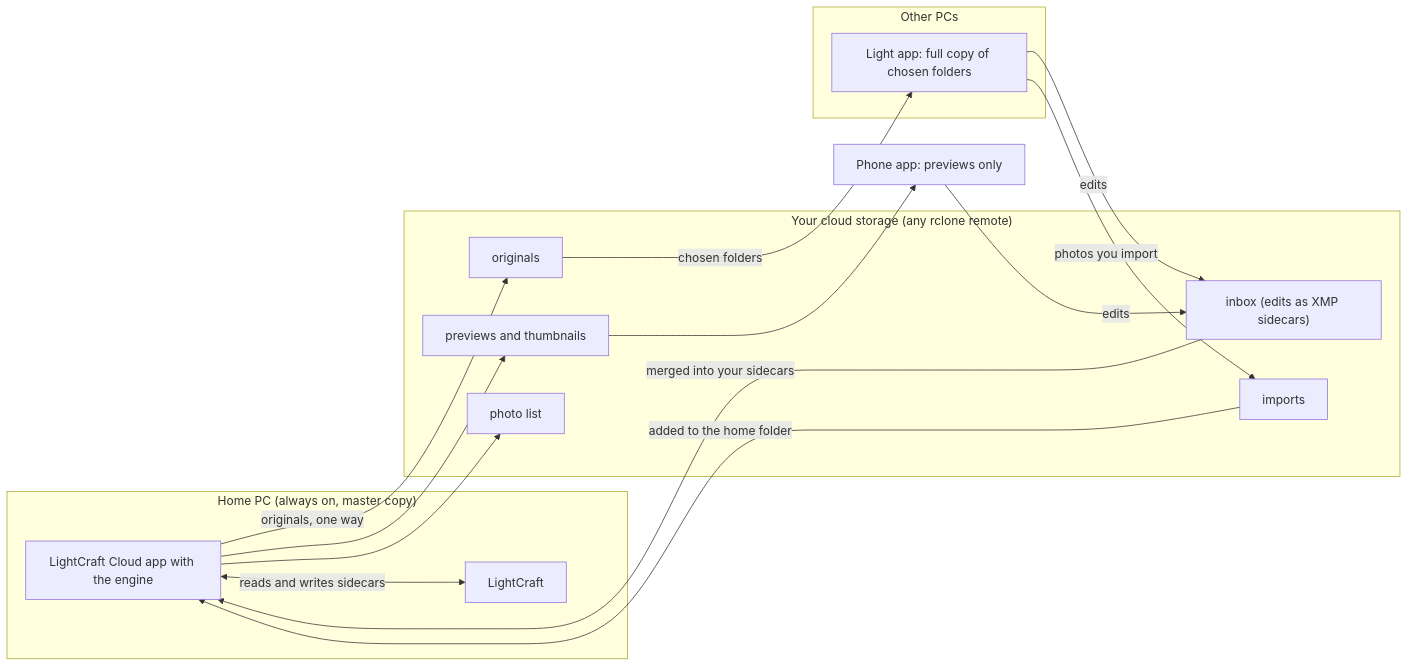
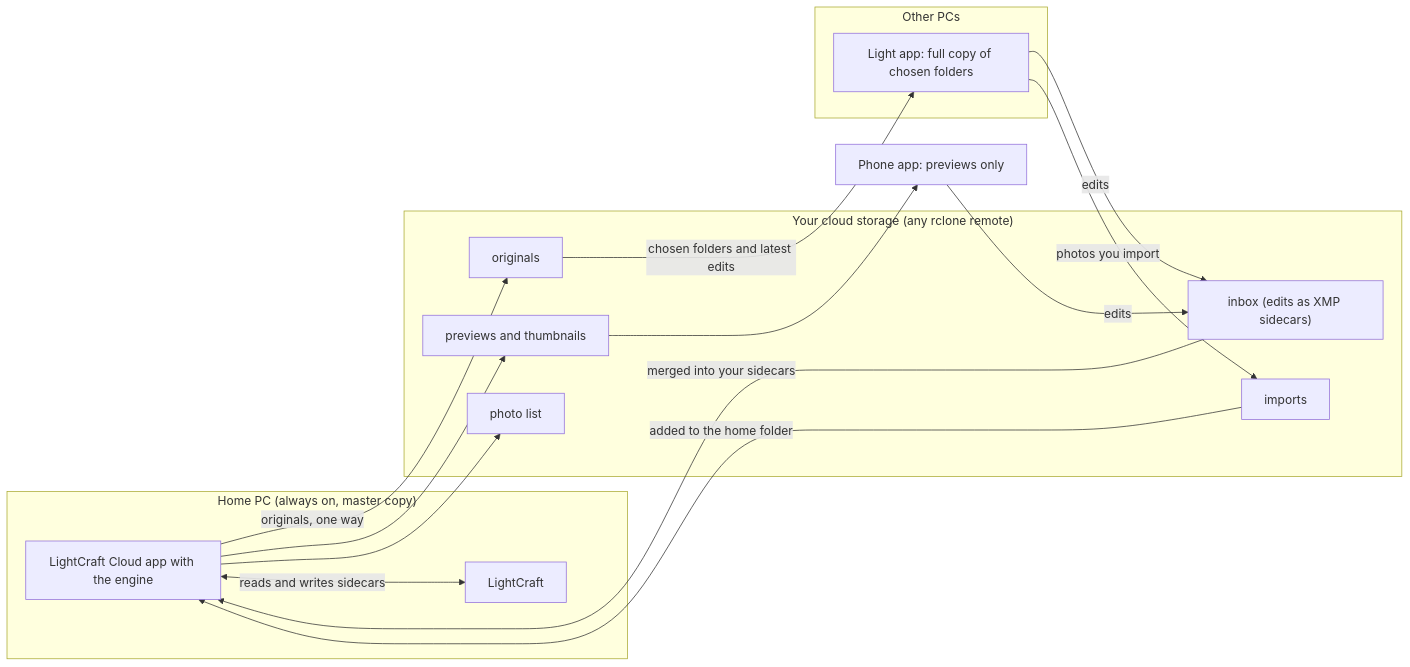
One commit to tinytom21/lightcraft-cloud changed the diagram in README.md. Above: the diagram before and after it, drawn with Mermaid. The commit also changed other lines of this file, not shown here.

````diff
--- a/README.md
+++ b/README.md
@@ -13,30 +13,30 @@
 ```mermaid
 flowchart LR
     subgraph HOME["Home PC (always on, master copy)"]
         LC["LightCraft"]
         APP["LightCraft Cloud app with the engine"]
     end
     subgraph CLOUD["Your cloud storage (any rclone remote)"]
         ORIG["originals"]
         PREV["previews and thumbnails"]
         LIST["photo list"]
         INBOX["inbox (edits as XMP sidecars)"]
         IMP["imports"]
     end
     subgraph OTHER["Other PCs"]
         OAPP["Light app: full copy of chosen folders"]
     end
     PHONE["Phone app: previews only"]
 
     APP -->|"originals, one way"| ORIG
     APP --> PREV
     APP --> LIST
-    ORIG -->|"chosen folders"| OAPP
+    ORIG -->|"chosen folders and latest edits"| OAPP
     PREV --> PHONE
     PHONE -->|"edits"| INBOX
     OAPP -->|"edits"| INBOX
     OAPP -->|"photos you import"| IMP
     INBOX -->|"merged into your sidecars"| APP
     IMP -->|"added to the home folder"| APP
     APP <-->|"reads and writes sidecars"| LC
 ```
````
